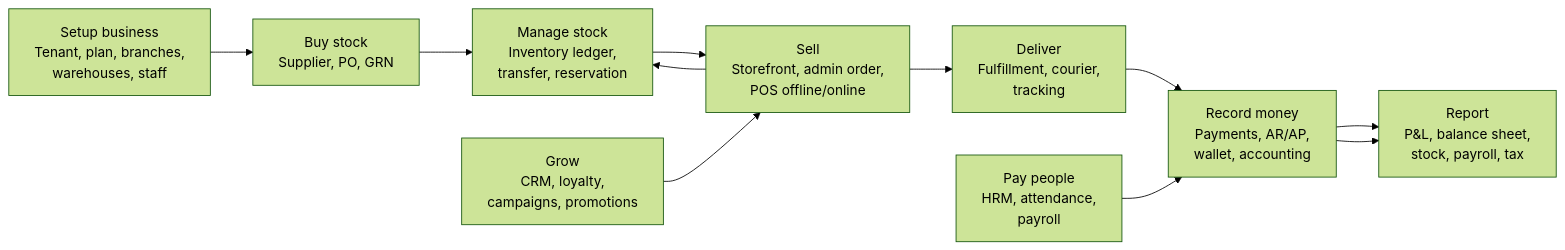
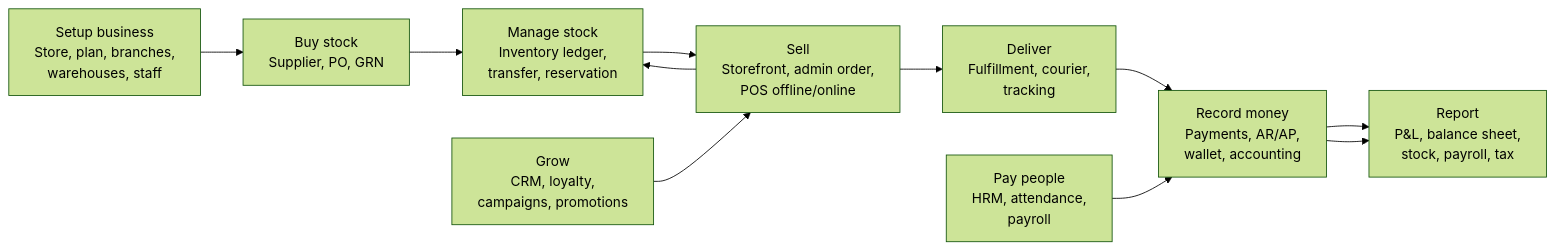
One commit to gowtamkumar/eCommerce-multi-store-saas-erp changed the first of 17 diagrams in doc/system-design/erp_business_logic_deep_dive.md. Above: the diagram before and after it, drawn with Mermaid (forest theme). The commit also changed other lines of this file and 764 other files, not shown here.

````diff
--- a/doc/system-design/erp_business_logic_deep_dive.md
+++ b/doc/system-design/erp_business_logic_deep_dive.md
@@ -48,18 +48,18 @@
 ```mermaid
 flowchart LR
-  Setup["Setup business<br/>Tenant, plan, branches,<br/>warehouses, staff"]
+  Setup["Setup business<br/>Store, plan, branches,<br/>warehouses, staff"]
   Buy["Buy stock<br/>Supplier, PO, GRN"]
   Stock["Manage stock<br/>Inventory ledger,<br/>transfer, reservation"]
   Sell["Sell<br/>Storefront, admin order,<br/>POS offline/online"]
   Deliver["Deliver<br/>Fulfillment, courier,<br/>tracking"]
   Money["Record money<br/>Payments, AR/AP,<br/>wallet, accounting"]
   People["Pay people<br/>HRM, attendance,<br/>payroll"]
   Report["Report<br/>P&L, balance sheet,<br/>stock, payroll, tax"]
   Improve["Grow<br/>CRM, loyalty,<br/>campaigns, promotions"]
 
   Setup --> Buy --> Stock --> Sell --> Deliver --> Money --> Report
   People --> Money
   Improve --> Sell
   Sell --> Stock
   Money --> Report
 ```
````
